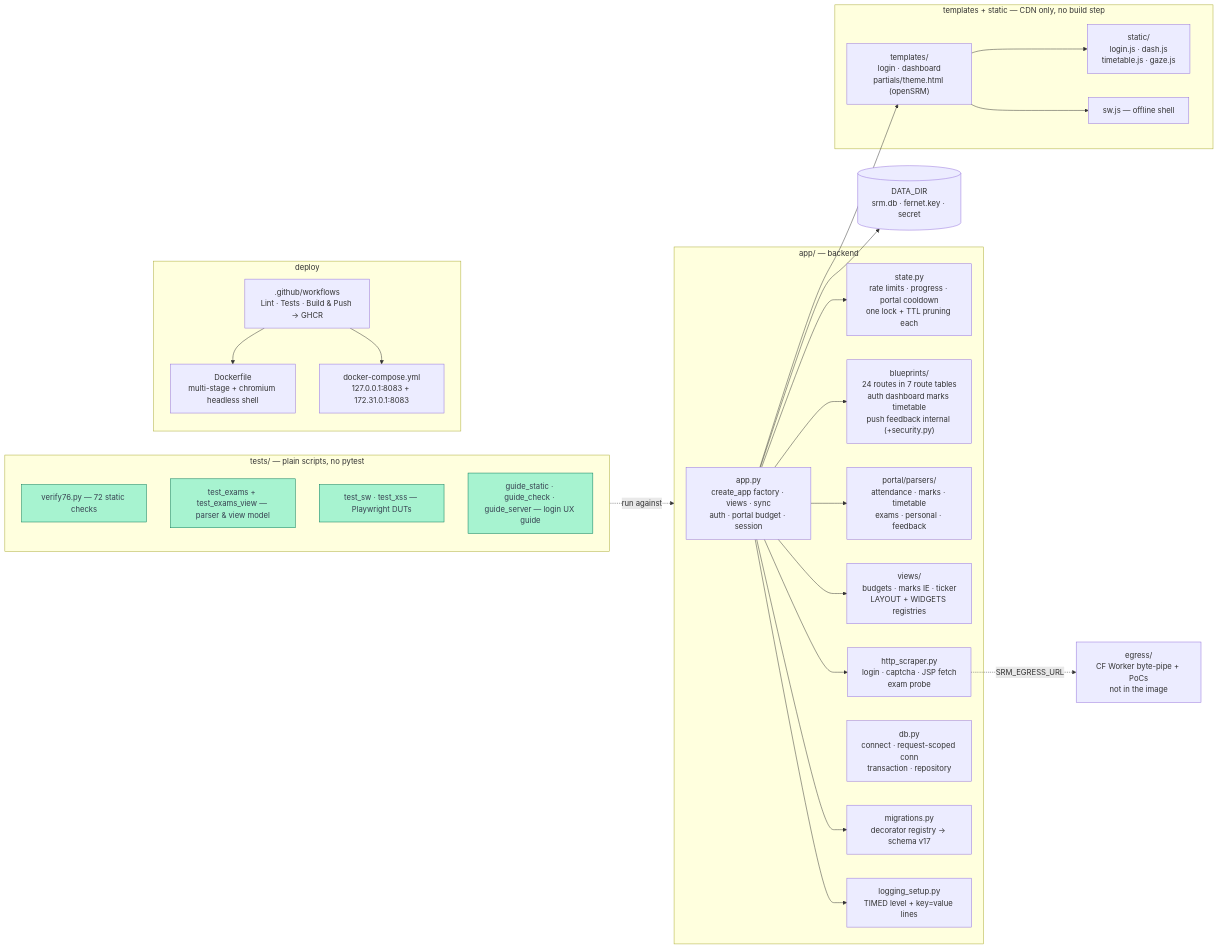
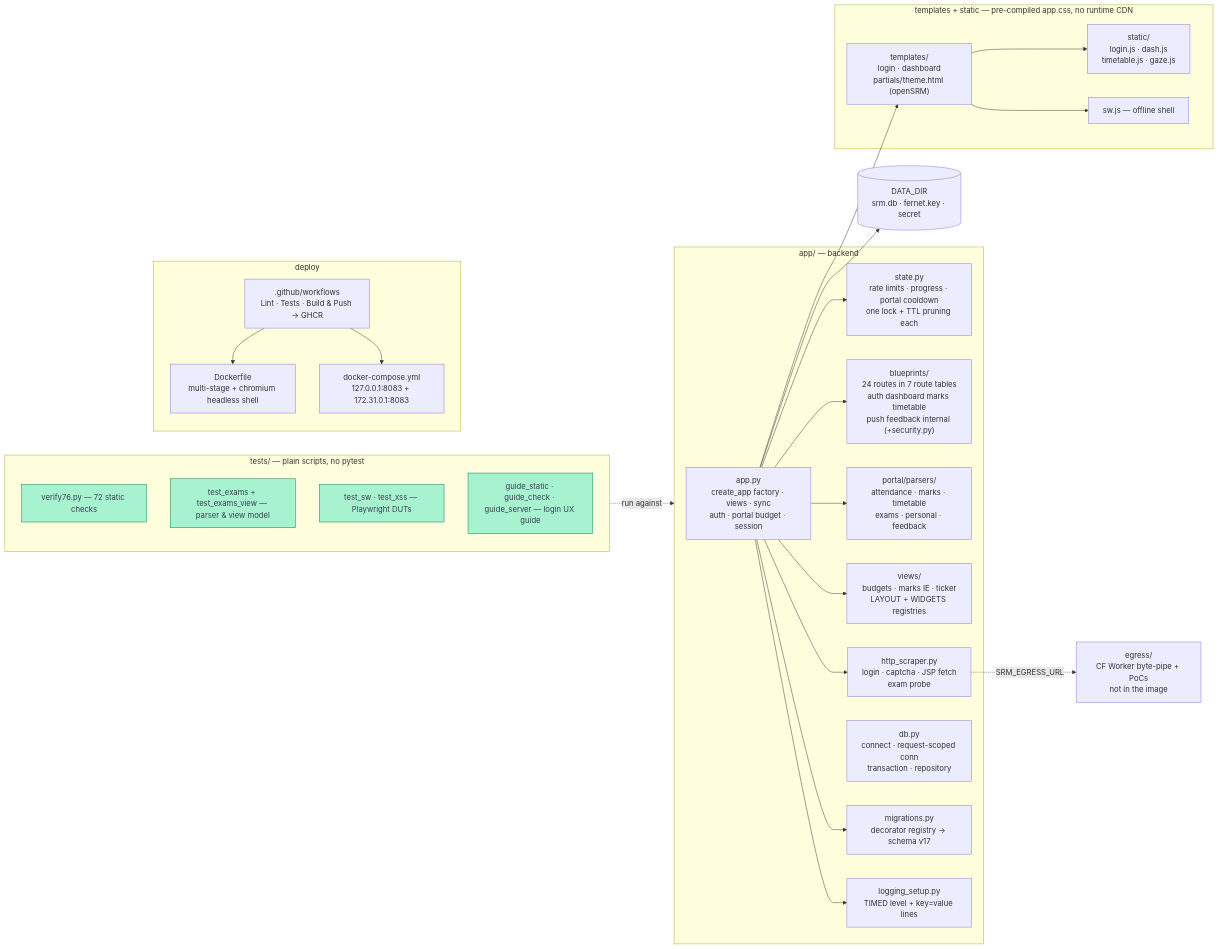
The third of 3 diagrams in README.md (thenabbu/OpenSRM), drawn with Mermaid before and after one commit. The commit also changed other lines of this file and 5 other files, not shown here.

First line of the commit message:
docs(perf): phase-1 rules — pre-compiled CSS, motion limits, perf rules

````diff
--- a/README.md
+++ b/README.md
@@ -164,55 +164,55 @@
 ```mermaid
 flowchart LR
     subgraph backend["app/ — backend"]
         APP["app.py<br/>create_app factory · views · sync<br/>auth · portal budget · session"]
         STATE["state.py<br/>rate limits · progress · portal cooldown<br/>one lock + TTL pruning each"]
         BPS["blueprints/<br/>24 routes in 7 route tables<br/>auth dashboard marks timetable<br/>push feedback internal (+security.py)"]
         PARS["portal/parsers/<br/>attendance · marks · timetable<br/>exams · personal · feedback"]
         VIEWS["views/<br/>budgets · marks IE · ticker<br/>LAYOUT + WIDGETS registries"]
         SCR["http_scraper.py<br/>login · captcha · JSP fetch<br/>exam probe"]
         DB["db.py<br/>connect · request-scoped conn<br/>transaction · repository"]
         MIG["migrations.py<br/>decorator registry → schema v17"]
         LOG["logging_setup.py<br/>TIMED level + key=value lines"]
     end
 
-    subgraph frontend["templates + static — CDN only, no build step"]
+    subgraph frontend["templates + static — pre-compiled app.css, no runtime CDN"]
         TPL["templates/<br/>login · dashboard<br/>partials/theme.html (openSRM)"]
         JS["static/<br/>login.js · dash.js<br/>timetable.js · gaze.js"]
         SWJS["sw.js — offline shell"]
     end
 
     subgraph gate["tests/ — plain scripts, no pytest"]
         T1["verify76.py — 72 static checks"]
         T2["test_exams + test_exams_view — parser & view model"]
         T3["test_sw · test_xss — Playwright DUTs"]
         T4["guide_static · guide_check · guide_server — login UX guide"]
     end
 
     subgraph ship["deploy"]
         DF["Dockerfile<br/>multi-stage + chromium headless shell"]
         DC["docker-compose.yml<br/>127.0.0.1:8083 + 172.31.0.1:8083"]
         CI[".github/workflows<br/>Lint · Tests · Build & Push → GHCR"]
     end
 
     EGDIR["egress/<br/>CF Worker byte-pipe + PoCs<br/>not in the image"]
     DATA[("DATA_DIR<br/>srm.db · fernet.key · secret")]
 
     APP --> SCR
     APP --> STATE
     APP --> MIG
     APP --> LOG
     APP --> PARS
     APP --> VIEWS
     APP --> BPS
     APP --> TPL
     TPL --> JS
     TPL --> SWJS
     APP --> DATA
     SCR -.->|"SRM_EGRESS_URL"| EGDIR
     CI --> DF
     CI --> DC
     gate -.->|"run against"| backend
 
     classDef gatecls fill:#a7f3d0,stroke:#047857,color:#374151
     class T1,T2,T3,T4 gatecls
 ```
````
